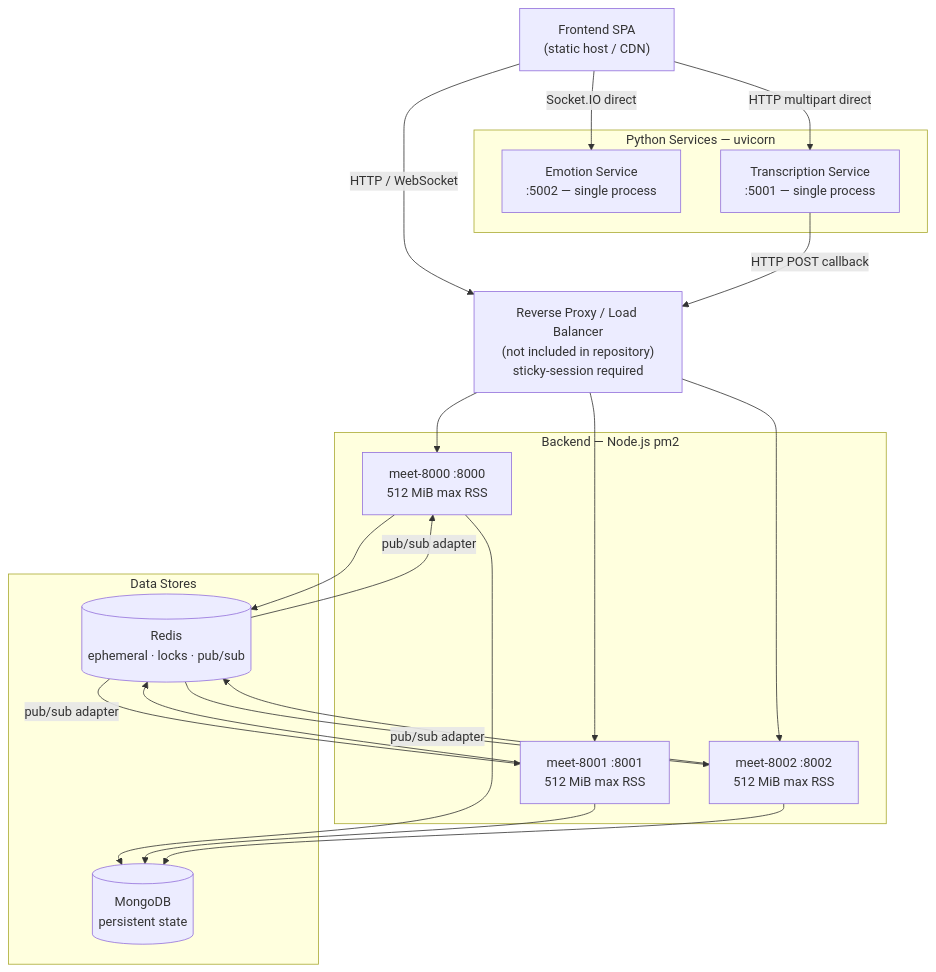
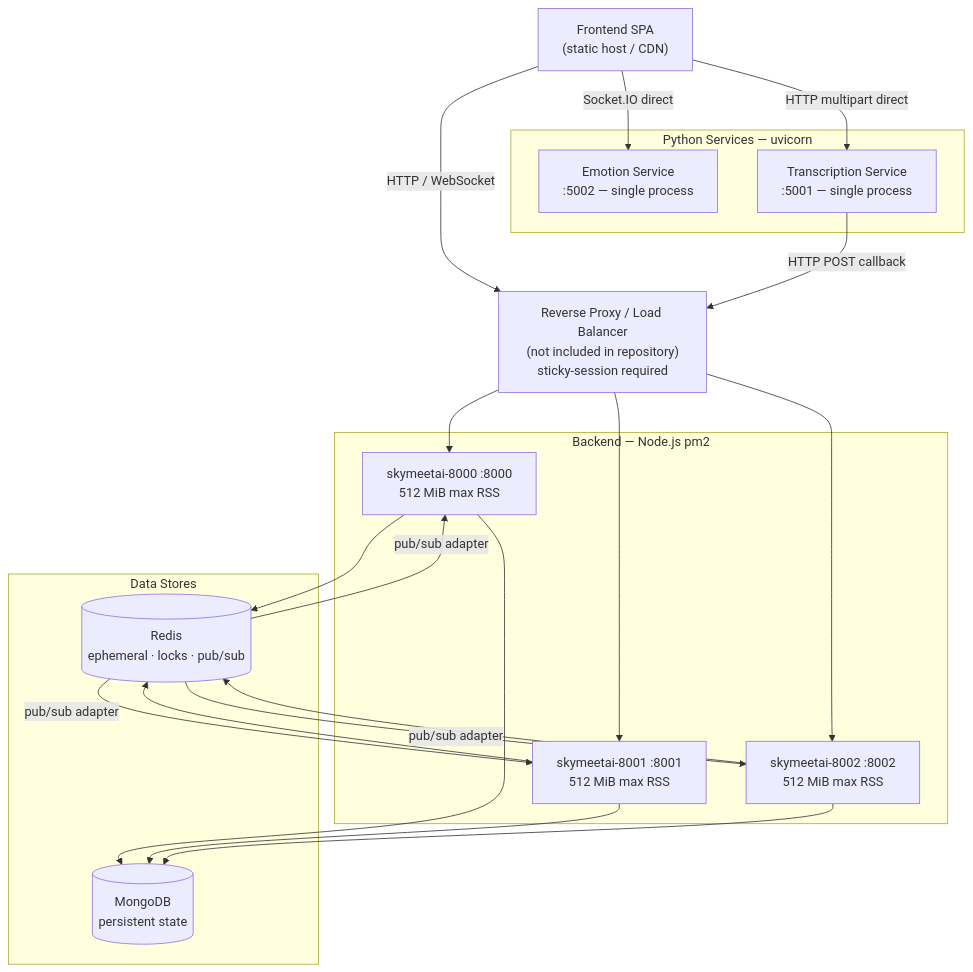
Before and after one commit to AnupamKumar-1/Hoovik: the fourth of 9 diagrams in README.md, drawn with Mermaid. The commit also changed other lines of this file and 15 other files, not shown here.

````diff
--- a/README.md
+++ b/README.md
@@ -291,32 +291,32 @@
 ```mermaid
 graph TD
     FE["Frontend SPA\n(static host / CDN)"]
     LB["Reverse Proxy / Load Balancer\n(not included in repository)\nsticky-session required"]
 
     subgraph BackendCluster ["Backend — Node.js pm2"]
-        B0["meet-8000 :8000\n512 MiB max RSS"]
-        B1["meet-8001 :8001\n512 MiB max RSS"]
-        B2["meet-8002 :8002\n512 MiB max RSS"]
+        B0["skymeetai-8000 :8000\n512 MiB max RSS"]
+        B1["skymeetai-8001 :8001\n512 MiB max RSS"]
+        B2["skymeetai-8002 :8002\n512 MiB max RSS"]
     end
 
     subgraph PythonServices ["Python Services — uvicorn"]
         ES["Emotion Service\n:5002 — single process"]
         TS["Transcription Service\n:5001 — single process"]
     end
 
     subgraph DataStores ["Data Stores"]
         Mongo[("MongoDB\npersistent state")]
         Redis[("Redis\nephemeral · locks · pub/sub")]
     end
 
     FE -->|"HTTP / WebSocket"| LB
     LB --> B0 & B1 & B2
     FE -->|"Socket.IO direct"| ES
     FE -->|"HTTP multipart direct"| TS
 
     B0 & B1 & B2 --> Mongo
     B0 & B1 & B2 --> Redis
     Redis -->|"pub/sub adapter"| B0 & B1 & B2
 
     TS -->|"HTTP POST callback"| LB
 ```
````
